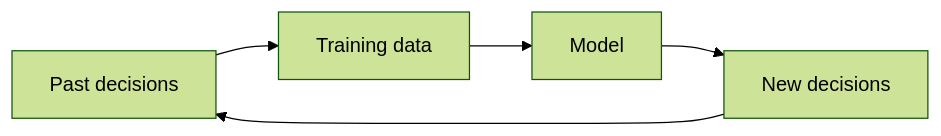
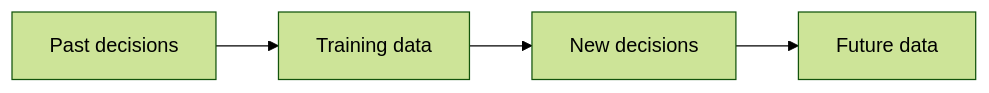
The diagram in 04-data-ethics-and-privacy/03-bias-and-fairness.md (somastllc/data-analysis), drawn with Mermaid (forest theme) before and after one commit. The commit also changed other lines of this file and 19 other files, not shown here.

````diff
--- a/04-data-ethics-and-privacy/03-bias-and-fairness.md
+++ b/04-data-ethics-and-privacy/03-bias-and-fairness.md
@@ -44,7 +35,6 @@
 ```mermaid
 flowchart LR
     pastNode["Past decisions"] --> dataNode["Training data"]
-    dataNode --> modelNode["Model"]
-    modelNode --> decisionNode["New decisions"]
-    decisionNode --> pastNode
+    dataNode --> decisionNode["New decisions"]
+    decisionNode --> futureNode["Future data"]
 ```
````
